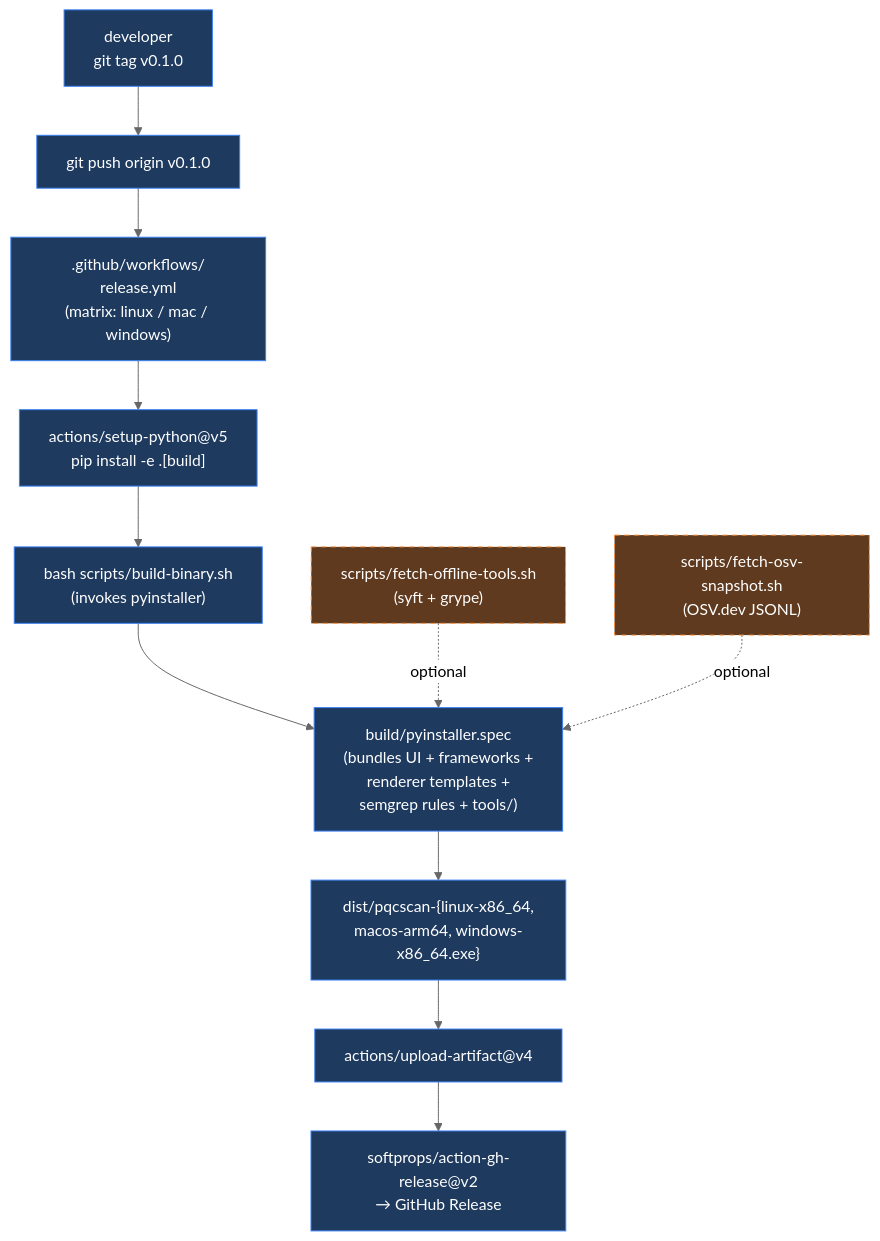
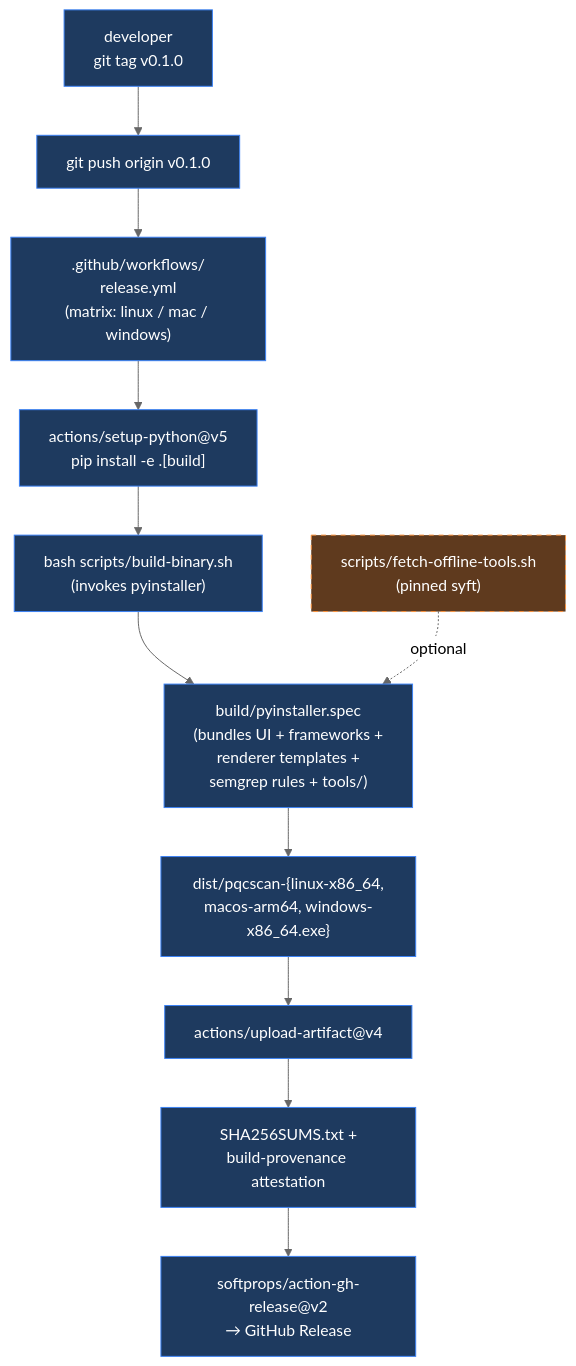
Before and after one commit to orengacademy/pqc-scanner2: the sixth of 6 diagrams in README.md, drawn with Mermaid (neutral theme). The commit also changed other lines of this file and 64 other files, not shown here.

````diff
--- a/README.md
+++ b/README.md
@@ -511,25 +465,24 @@
 ```mermaid
 flowchart TD
     DEV["developer<br/>git tag v0.1.0"]
     PUSH["git push origin v0.1.0"]
     GH[".github/workflows/<br/>release.yml<br/>(matrix: linux / mac / windows)"]
     INSTALL["actions/setup-python@v5<br/>pip install -e .[build]"]
     SCRIPT["bash scripts/build-binary.sh<br/>(invokes pyinstaller)"]
     SPEC["build/pyinstaller.spec<br/>(bundles UI + frameworks +<br/>renderer templates +<br/>semgrep rules + tools/)"]
     BIN["dist/pqcscan-{linux-x86_64,<br/>macos-arm64, windows-x86_64.exe}"]
     UPLOAD["actions/upload-artifact@v4"]
+    SUMS["SHA256SUMS.txt +<br/>build-provenance attestation"]
     REL["softprops/action-gh-release@v2<br/>→ GitHub Release"]
 
     DEV --> PUSH --> GH
-    GH --> INSTALL --> SCRIPT --> SPEC --> BIN --> UPLOAD --> REL
+    GH --> INSTALL --> SCRIPT --> SPEC --> BIN --> UPLOAD --> SUMS --> REL
 
-    OPT1["scripts/fetch-offline-tools.sh<br/>(syft + grype)"]
-    OPT2["scripts/fetch-osv-snapshot.sh<br/>(OSV.dev JSONL)"]
+    OPT1["scripts/fetch-offline-tools.sh<br/>(pinned syft)"]
     OPT1 -.optional.-> SPEC
-    OPT2 -.optional.-> SPEC
 
     classDef step fill:#1e3a5f,color:#fff,stroke:#3b82f6
     classDef opt  fill:#5f3a1e,color:#fff,stroke:#fb923c,stroke-dasharray: 5 5
-    class DEV,PUSH,GH,INSTALL,SCRIPT,SPEC,BIN,UPLOAD,REL step
-    class OPT1,OPT2 opt
+    class DEV,PUSH,GH,INSTALL,SCRIPT,SPEC,BIN,UPLOAD,SUMS,REL step
+    class OPT1 opt
 ```
````
